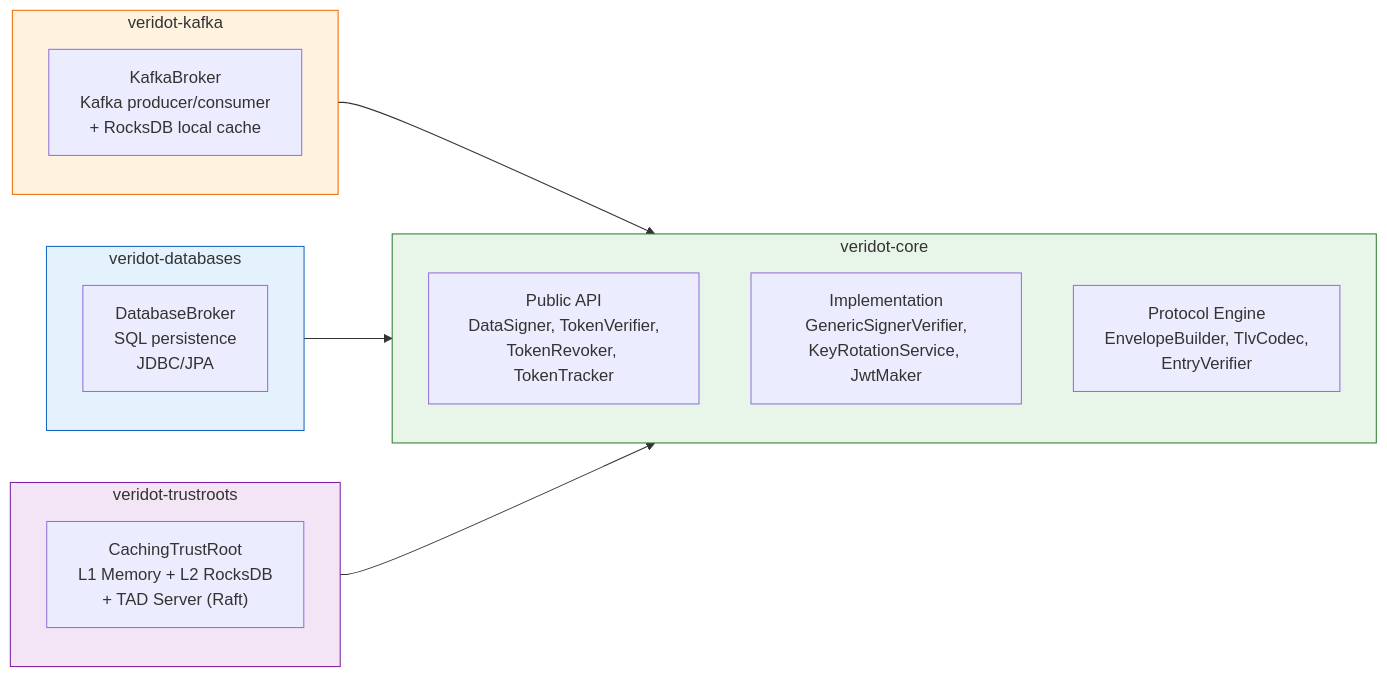
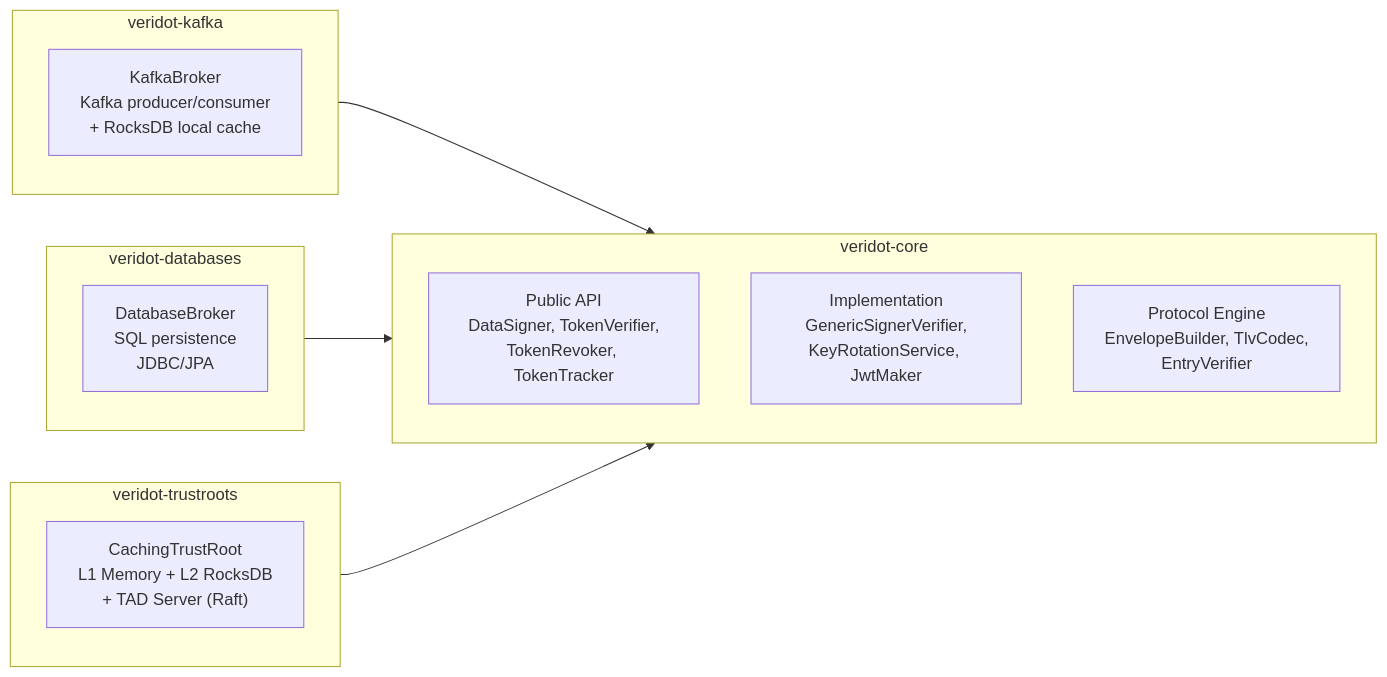
The third of 3 diagrams in docs/docs/architecture/overview.md (cyfko/veridot), drawn with Mermaid before and after one commit. The commit also changed 25 other files, not shown here.

First line of the commit message:
style: remove colorful fill styles from Mermaid diagrams

````diff
--- a/docs/docs/architecture/overview.md
+++ b/docs/docs/architecture/overview.md
@@ -191,29 +191,25 @@
 ```mermaid
 graph LR
     subgraph Core["veridot-core"]
         API["Public API<br/>DataSigner, TokenVerifier,<br/>TokenRevoker, TokenTracker"]
         Impl["Implementation<br/>GenericSignerVerifier,<br/>KeyRotationService, JwtMaker"]
         Proto["Protocol Engine<br/>EnvelopeBuilder, TlvCodec,<br/>EntryVerifier"]
     end
 
     subgraph Kafka["veridot-kafka"]
         KB["KafkaBroker<br/>Kafka producer/consumer<br/>+ RocksDB local cache"]
     end
 
     subgraph DB["veridot-databases"]
         DDB["DatabaseBroker<br/>SQL persistence<br/>JDBC/JPA"]
     end
 
     subgraph Trust["veridot-trustroots"]
         CTR["CachingTrustRoot<br/>L1 Memory + L2 RocksDB<br/>+ TAD Server (Raft)"]
     end
 
     Kafka --> Core
     DB --> Core
     Trust --> Core
 
-    style Core fill:#e8f5e9,stroke:#2e7d32
-    style Kafka fill:#fff3e0,stroke:#ef6c00
-    style DB fill:#e3f2fd,stroke:#1565c0
-    style Trust fill:#f3e5f5,stroke:#7b1fa2
 ```
````
